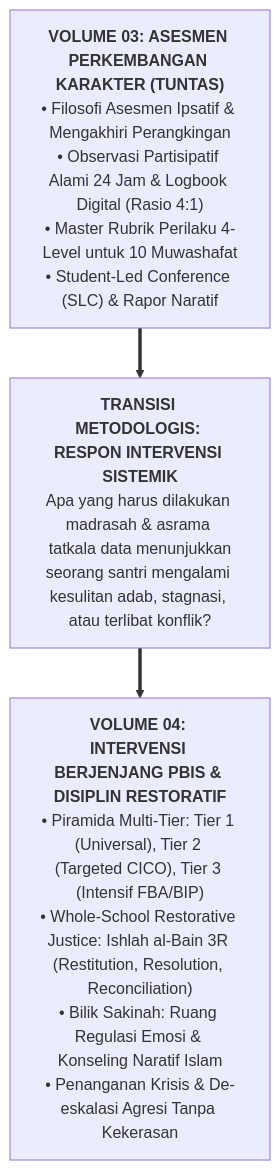
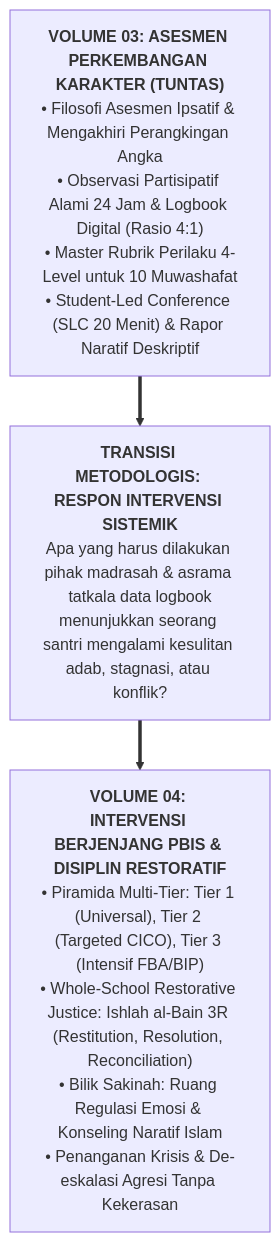
One commit to wandiapriliyandi/tumbuh changed the second of 2 diagrams in BOOK Series 2/Volume-03-Sistem-Asesmen-Perkembangan-Karakter/Bab-04-Student-Led-Conference-dan-Rapor-Naratif/03-Validasi-Psikometrik-dan-Jembatan-Volume-04.md. Above: the diagram before and after it, drawn with Mermaid. The commit also changed other lines of this file and 61 other files, not shown here.

````diff
--- a/BOOK Series 2/Volume-03-Sistem-Asesmen-Perkembangan-Karakter/Bab-04-Student-Led-Conference-dan-Rapor-Naratif/03-Validasi-Psikometrik-dan-Jembatan-Volume-04.md
+++ b/BOOK Series 2/Volume-03-Sistem-Asesmen-Perkembangan-Karakter/Bab-04-Student-Led-Conference-dan-Rapor-Naratif/03-Validasi-Psikometrik-dan-Jembatan-Volume-04.md
@@ -26,10 +27,10 @@
 ```mermaid
 flowchart TD
-    Vol3["<b>VOLUME 03: ASESMEN PERKEMBANGAN KARAKTER (TUNTAS)</b><br/>• Filosofi Asesmen Ipsatif & Mengakhiri Perangkingan<br/>• Observasi Partisipatif Alami 24 Jam & Logbook Digital (Rasio 4:1)<br/>• Master Rubrik Perilaku 4-Level untuk 10 Muwashafat<br/>• Student-Led Conference (SLC) & Rapor Naratif"]
+    Vol3["<b>VOLUME 03: ASESMEN PERKEMBANGAN KARAKTER (TUNTAS)</b><br/>• Filosofi Asesmen Ipsatif & Mengakhiri Perangkingan Angka<br/>• Observasi Partisipatif Alami 24 Jam & Logbook Digital (Rasio 4:1)<br/>• Master Rubrik Perilaku 4-Level untuk 10 Muwashafat<br/>• Student-Led Conference (SLC 20 Menit) & Rapor Naratif Deskriptif"]
     
-    Jembatan["<b>TRANSISI METODOLOGIS: RESPON INTERVENSI SISTEMIK</b><br/>Apa yang harus dilakukan madrasah & asrama tatkala data menunjukkan<br/>seorang santri mengalami kesulitan adab, stagnasi, atau terlibat konflik?"]
+    Jembatan["<b>TRANSISI METODOLOGIS: RESPON INTERVENSI SISTEMIK</b><br/>Apa yang harus dilakukan pihak madrasah & asrama tatkala data logbook<br/>menunjukkan seorang santri mengalami kesulitan adab, stagnasi, atau konflik?"]
     
     Vol4["<b>VOLUME 04: INTERVENSI BERJENJANG PBIS & DISIPLIN RESTORATIF</b><br/>• Piramida Multi-Tier: Tier 1 (Universal), Tier 2 (Targeted CICO), Tier 3 (Intensif FBA/BIP)<br/>• Whole-School Restorative Justice: Ishlah al-Bain 3R (Restitution, Resolution, Reconciliation)<br/>• Bilik Sakinah: Ruang Regulasi Emosi & Konseling Naratif Islam<br/>• Penanganan Krisis & De-eskalasi Agresi Tanpa Kekerasan"]
 
     Vol3 ==> Jembatan ==> Vol4
 ```
````
